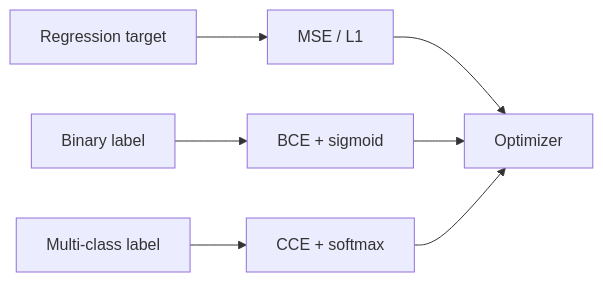
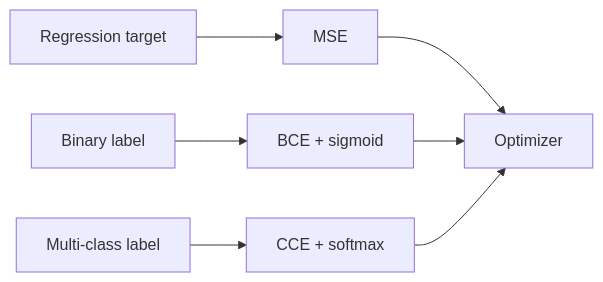
Before and after one commit to satishify/BackBenchLearner: the diagram in content/genai/module-1-foundations/session-2-dl-essentials/01-loss-functions.md, drawn with Mermaid. The commit also changed other lines of this file and 199 other files, not shown here.

````diff
--- a/content/genai/module-1-foundations/session-2-dl-essentials/01-loss-functions.md
+++ b/content/genai/module-1-foundations/session-2-dl-essentials/01-loss-functions.md
@@ -50,9 +65,9 @@
 ```mermaid
 flowchart LR
-    R[Regression target] --> MSE[MSE / L1]
+    R[Regression target] --> MSE[MSE]
     B[Binary label] --> BCE[BCE + sigmoid]
     M[Multi-class label] --> CCE[CCE + softmax]
     MSE --> O[Optimizer]
     BCE --> O
     CCE --> O
 ```
````
